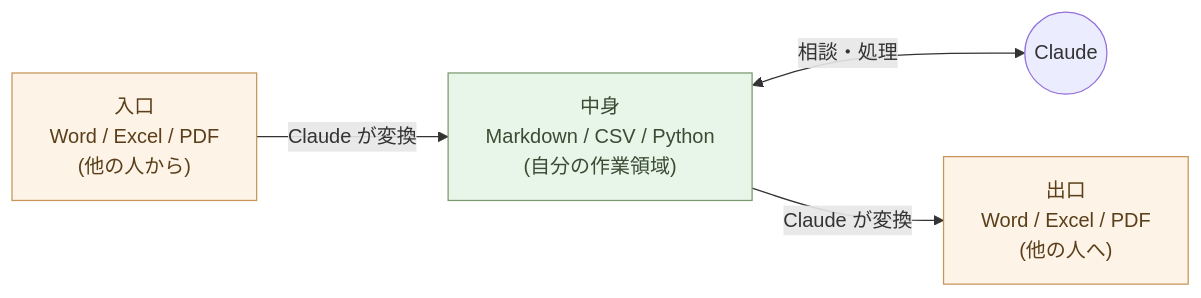
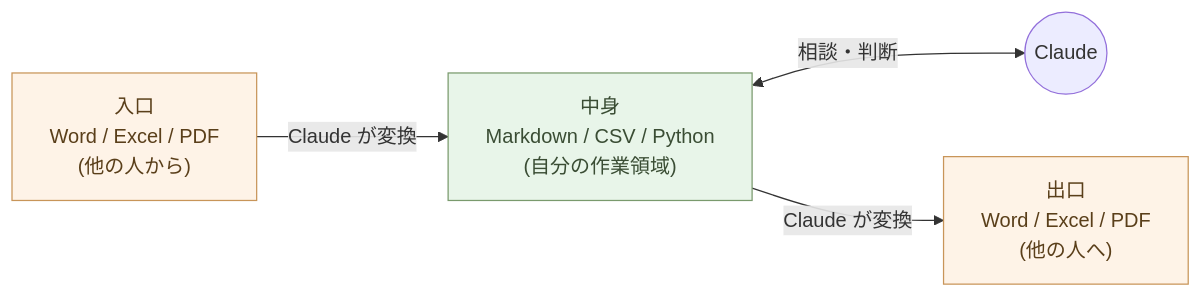
One commit to aiseed-dev/website changed the first of 2 diagrams in articles/ai-native-ways/05-office-replacement/ja.md. Above: the diagram before and after it, drawn with Mermaid. The commit also changed other lines of this file and 1 other file, not shown here.

````diff
--- a/articles/ai-native-ways/05-office-replacement/ja.md
+++ b/articles/ai-native-ways/05-office-replacement/ja.md
@@ -36,16 +66,16 @@
 ```mermaid
 flowchart LR
   In["入口<br/>Word / Excel / PDF<br/>(他の人から)"]
   Mid["中身<br/>Markdown / CSV / Python<br/>(自分の作業領域)"]
   Out["出口<br/>Word / Excel / PDF<br/>(他の人へ)"]
   Claude(("Claude"))
 
   In -->|Claude が変換| Mid
-  Mid <-->|相談・処理| Claude
+  Mid <-->|相談・判断| Claude
   Mid -->|Claude が変換| Out
 
   classDef office fill:#fef3e7,stroke:#c89559,color:#5a3f1a
   classDef native fill:#e8f5e9,stroke:#7a9a6d,color:#3a4d34
   class In,Out office
   class Mid native
 ```
````
